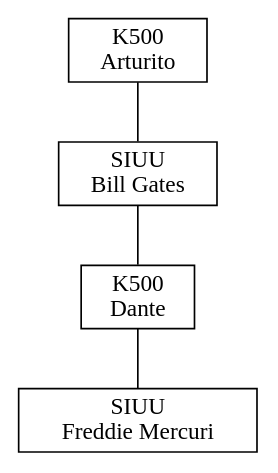
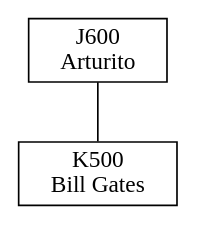
The diagram in Escritorio.dot (WendiVicente6/-IPC2_Proyecto2_202106484), drawn with Graphviz before and after one commit. The commit also changed 6 other files, not shown here.

```diff
--- a/Escritorio.dot
+++ b/Escritorio.dot
@@ -1,17 +1,9 @@
 graph G { 
-Node0[dir=both shape=box label="K500
+Node0[dir=both shape=box label="J600
  Arturito 
 "];
-Node1[dir=both shape=box label="SIUU
+Node1[dir=both shape=box label="K500
  Bill Gates 
 "];
 Node0 -- Node1;
-Node2[dir=both shape=box label="K500
- Dante 
-"];
-Node1 -- Node2;
-Node3[dir=both shape=box label="SIUU
- Freddie Mercuri 
-"];
-Node2 -- Node3;
 }
```
